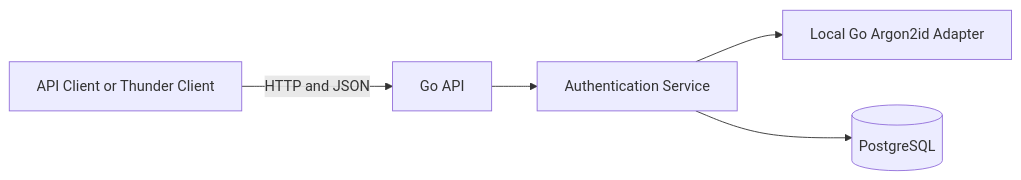
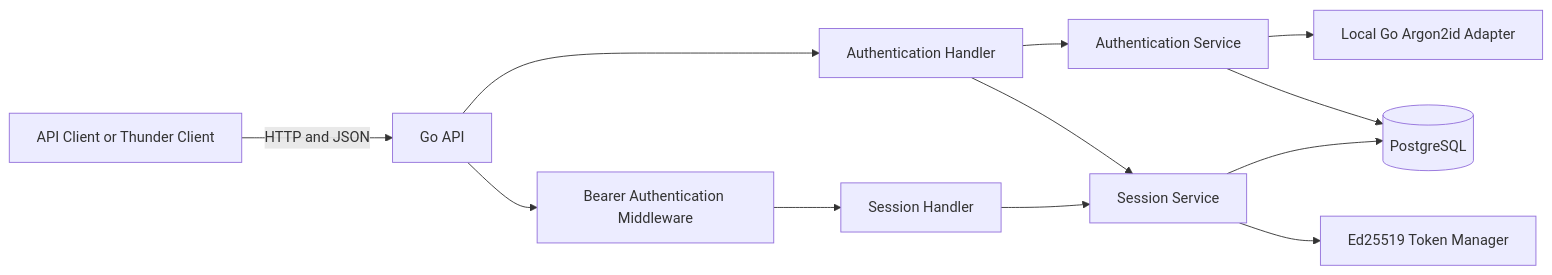
Before and after one commit to martinrgarciap/vaultforge: the first of 6 diagrams in docs/architecture.md, drawn with Mermaid. The commit also changed other lines of this file and 22 other files, not shown here.

````diff
--- a/docs/architecture.md
+++ b/docs/architecture.md
@@ -19,13 +20,25 @@
 ```mermaid
 flowchart LR
     C[API Client or Thunder Client]
     A[Go API]
-    S[Authentication Service]
+    AH[Authentication Handler]
+    SH[Session Handler]
+    M[Bearer Authentication Middleware]
+    AS[Authentication Service]
+    SS[Session Service]
     H[Local Go Argon2id Adapter]
+    T[Ed25519 Token Manager]
     P[(PostgreSQL)]
 
     C -->|HTTP and JSON| A
-    A --> S
-    S --> H
-    S --> P
+    A --> AH
+    A --> M
+    M --> SH
+    AH --> AS
+    AH --> SS
+    SH --> SS
+    AS --> H
+    AS --> P
+    SS --> T
+    SS --> P
 ```
````
